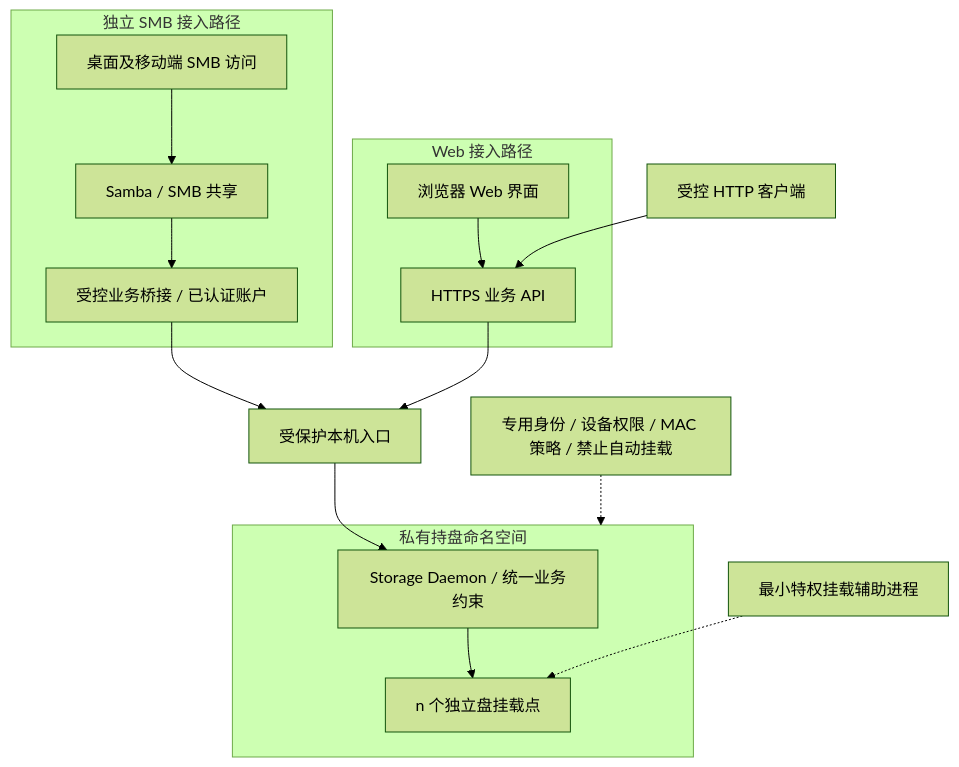
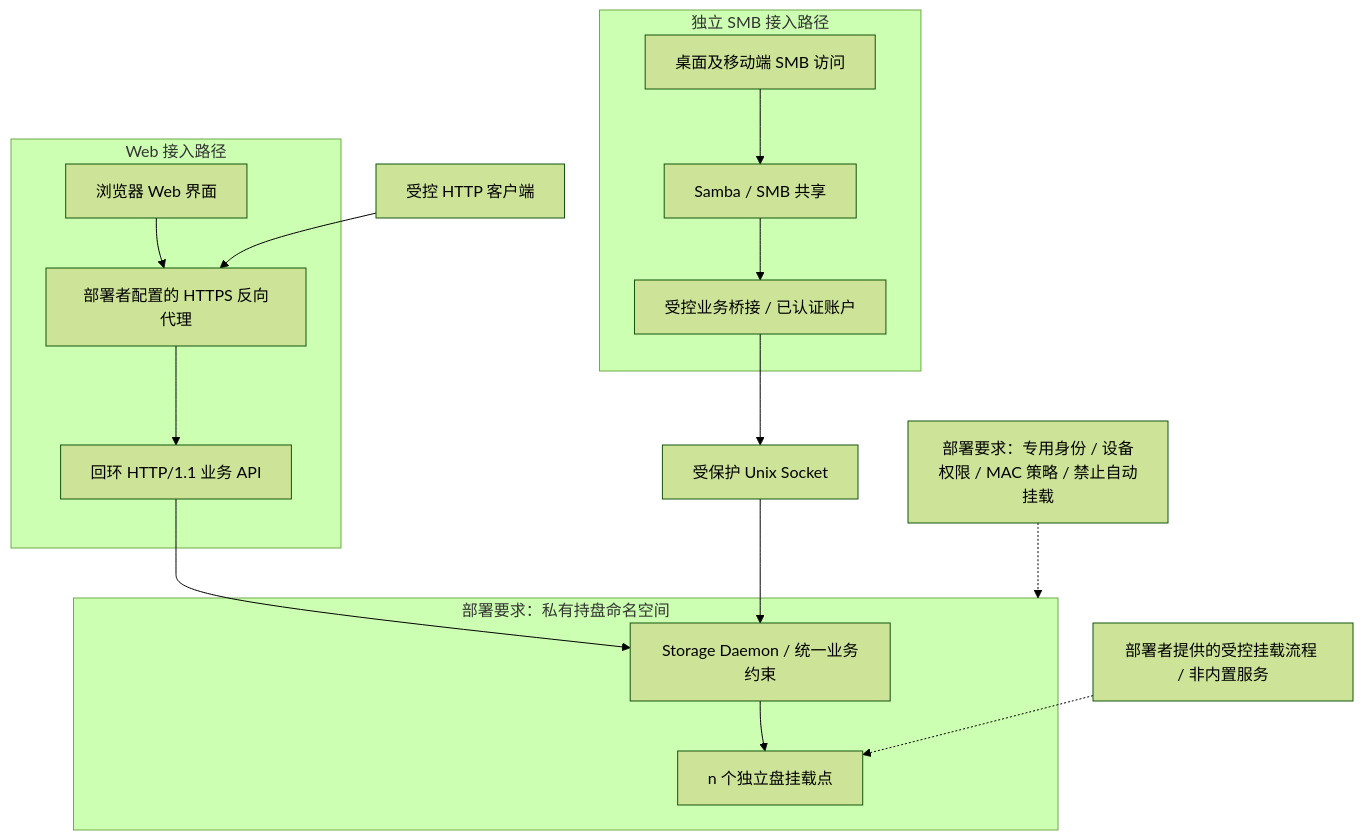
The diagram in docs/14-security-and-permissions.md (isarmg/xcs), drawn with Mermaid (forest theme) before and after one commit. The commit also changed other lines of this file and 1 other file, not shown here.

Commit message:
docs: distinguish runtime guarantees from deployment requirements

````diff
--- a/docs/14-security-and-permissions.md
+++ b/docs/14-security-and-permissions.md
@@ -26,21 +26,22 @@
 ```mermaid
 flowchart TB
     subgraph AACCESS[Web 接入路径]
-        BROWSER[浏览器 Web 界面] --> GW[HTTPS 业务 API]
+        BROWSER[浏览器 Web 界面] --> TLS[部署者配置的 HTTPS 反向代理]
+        TLS --> GW[回环 HTTP/1.1 业务 API]
     end
     subgraph SACCESS[独立 SMB 接入路径]
         SMBC[桌面及移动端 SMB 访问] --> SMB[Samba / SMB 共享]
         SMB --> BRIDGE[受控业务桥接 / 已认证账户]
     end
-    OTHER[受控 HTTP 客户端] --> GW
-    BRIDGE --> SOCK[受保护本机入口]
-    GW --> SOCK
-    subgraph PRIVATE[私有持盘命名空间]
+    OTHER[受控 HTTP 客户端] --> TLS
+    BRIDGE --> SOCK[受保护 Unix Socket]
+    subgraph PRIVATE[部署要求：私有持盘命名空间]
         CORE[Storage Daemon / 统一业务约束]
         PHYS[n 个独立盘挂载点]
         CORE --> PHYS
     end
+    GW --> CORE
     SOCK --> CORE
-    HELPER[最小特权挂载辅助进程] -.-> PHYS
-    GUARD[专用身份 / 设备权限 / MAC 策略 / 禁止自动挂载] -.-> PRIVATE
+    HELPER[部署者提供的受控挂载流程 / 非内置服务] -.-> PHYS
+    GUARD[部署要求：专用身份 / 设备权限 / MAC 策略 / 禁止自动挂载] -.-> PRIVATE
 ```
````
